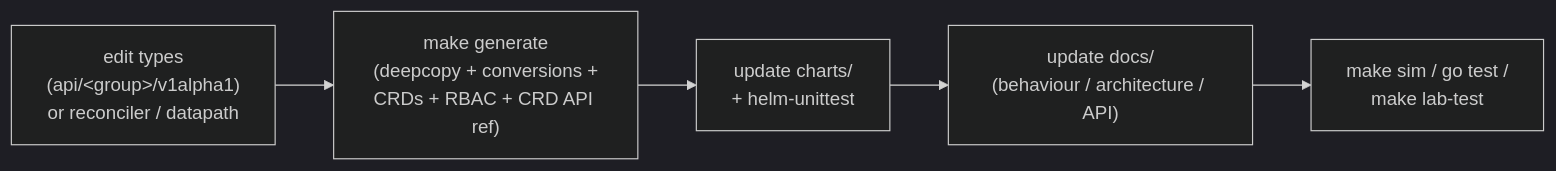
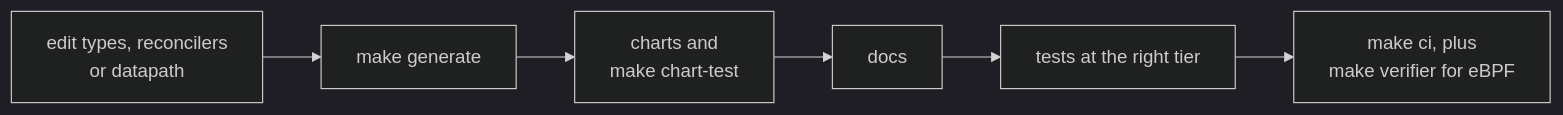
The diagram in docs/contributing/index.md (trevex/ectobase), drawn with Mermaid (dark theme) before and after one commit. The commit also changed other lines of this file and 57 other files, not shown here.

First line of the commit message:
docs: rework concepts, architecture, networking, operating, reference and contributing

````diff
--- a/docs/contributing/index.md
+++ b/docs/contributing/index.md
@@ -74,9 +31,10 @@
 ```mermaid
 flowchart LR
-    edit["edit types<br/>(api/&lt;group&gt;/v1alpha1)<br/>or reconciler / datapath"]
-    gen["make generate<br/>(deepcopy + conversions +<br/>CRDs + RBAC + CRD API ref)"]
-    charts["update charts/<br/>+ helm-unittest"]
-    docs["update docs/<br/>(behaviour / architecture / API)"]
-    test["make sim / go test /<br/>make lab-test"]
-    edit --> gen --> charts --> docs --> test
+    edit["edit types, reconcilers<br/>or datapath"]
+    gen["make generate"]
+    charts["charts and<br/>make chart-test"]
+    docs["docs"]
+    test["tests at the right tier"]
+    done["make ci, plus<br/>make verifier for eBPF"]
+    edit --> gen --> charts --> docs --> test --> done
 ```
````
